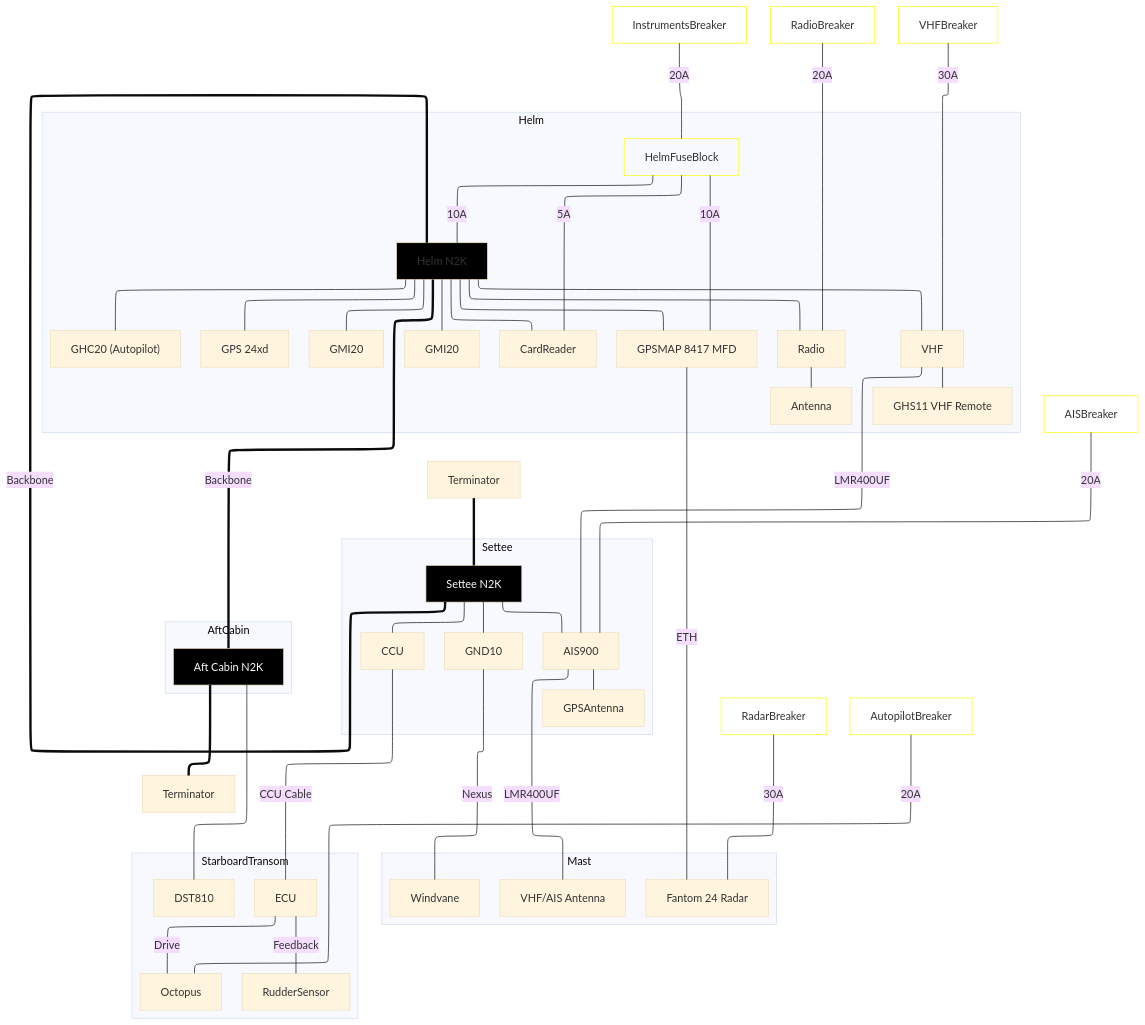
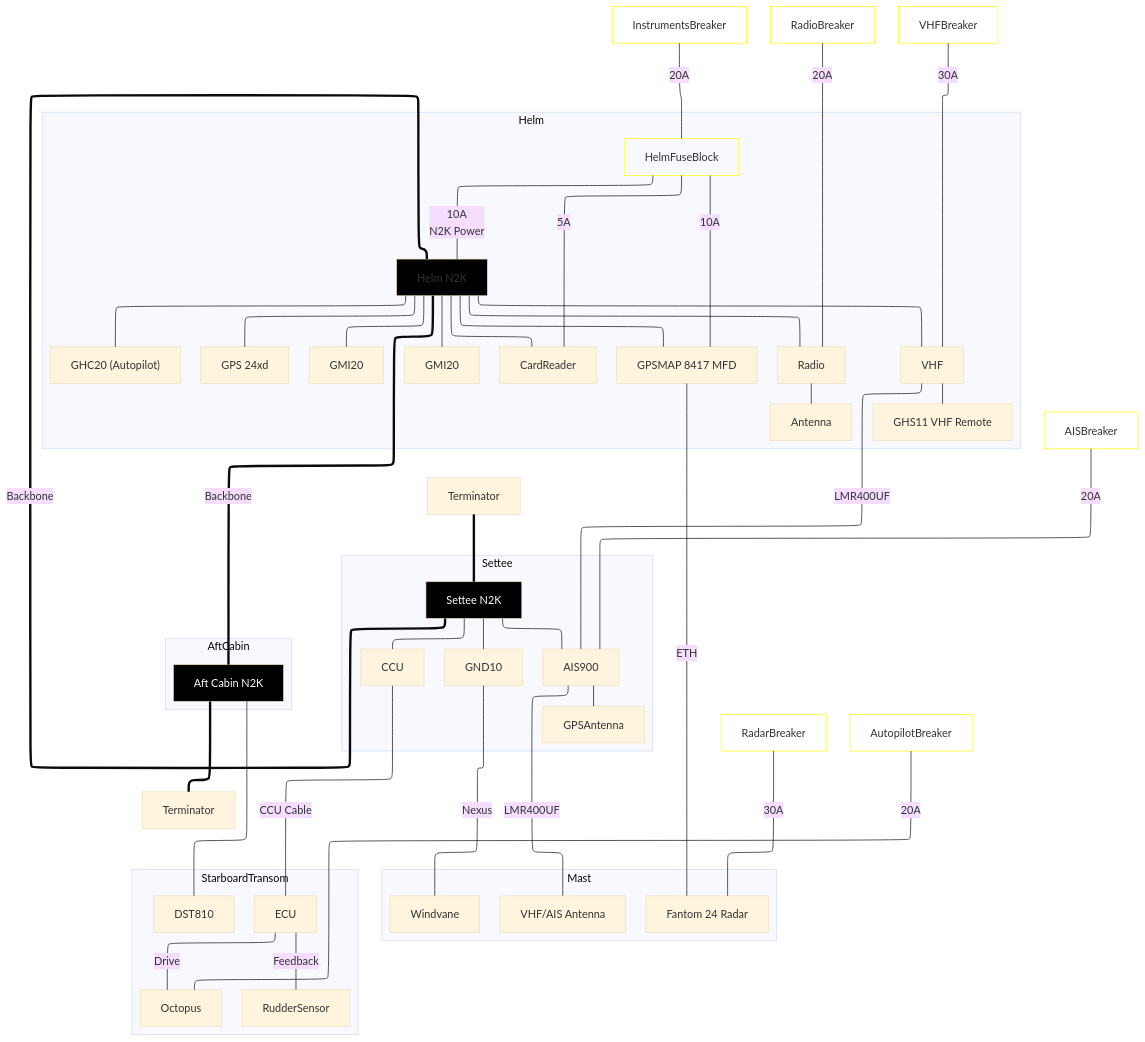
Before and after one commit to dcoon/svharmony: the diagram in owners_manual/Garmin.md, drawn with Mermaid (base theme). The commit also changed other lines of this file, not shown here.

Commit message:
vault backup: 2023-12-30 08:25:34

````diff
--- a/owners_manual/Garmin.md
+++ b/owners_manual/Garmin.md
@@ -10,69 +11,70 @@
 ```mermaid
 
 flowchart-elk TB
 
 classDef N2K fill:black
 classDef Power stroke:yellow,fill:none
 
 subgraph Mast
     Antenna["VHF/AIS Antenna"]
     Radar["Fantom 24 Radar"]:::Garmin
     Windvane
 end
 
 RadarBreaker:::Power ---|30A| Radar
 
 subgraph Helm
 	HelmFuseBlock:::Power
 	MFD["GPSMAP 8417 MFD"]:::Garmin
 	MFD ---|ETH| Radar
 	CockpitN2K[Helm N2K]:::N2K
-	HelmFuseBlock ---|10A| CockpitN2K
+	HelmFuseBlock ---|"10A
+	N2K Power"| CockpitN2K
 	HelmFuseBlock ---|10A| MFD
 	HelmFuseBlock ---|5A| CardReader
 	CockpitN2K --- MFD
 	CockpitN2K --- GMI201["GMI20"]
 	CockpitN2K --- GMI202["GMI20"]
 	CockpitN2K --- GHC20["GHC20 (Autopilot)"]
 	CockpitN2K --- GPS["GPS 24xd"]
 	CockpitN2K --- CardReader
 	CockpitN2K --- Radio --- AMFMAntenna["Antenna"]
 	CockpitN2K --- VHF
 	VHF --- VHFRemote["GHS11 VHF Remote"]
 end
 
 InstrumentsBreaker:::Power ---|20A| HelmFuseBlock
 RadioBreaker:::Power ---|20A| Radio
 VHFBreaker:::Power ---|30A| VHF
 
 subgraph Settee
 	SalonN2K[<font color=white>Settee N2K]:::N2K
 	SalonN2K --- AIS["AIS900"]
 	AIS --- GPSAntenna
 	SalonN2K --- GND10:::Garmin ---|Nexus| Windvane
 	SalonN2K --- CCU
 	VHF ---|LMR400UF| AIS["AIS900"] ---|LMR400UF| Antenna
 end
 
 AISBreaker:::Power ---|20A| AIS
 
 subgraph AftCabin
 	StarboardN2K[<font color=white>Aft Cabin N2K]:::N2K
 end
 
 subgraph StarboardTransom
 	CCU ---|CCU Cable| ECU
 	ECU ---|Drive| Octopus
 	ECU ---|Feedback| RudderSensor
 	StarboardN2K --- DST810
 end
 
 AutopilotBreaker:::Power ---|20A| Octopus
 
 
 
 
 T1["Terminator"] === SalonN2K ===|Backbone| CockpitN2K ===|Backbone| StarboardN2K === T2["Terminator"]
 
 
 ```
````
